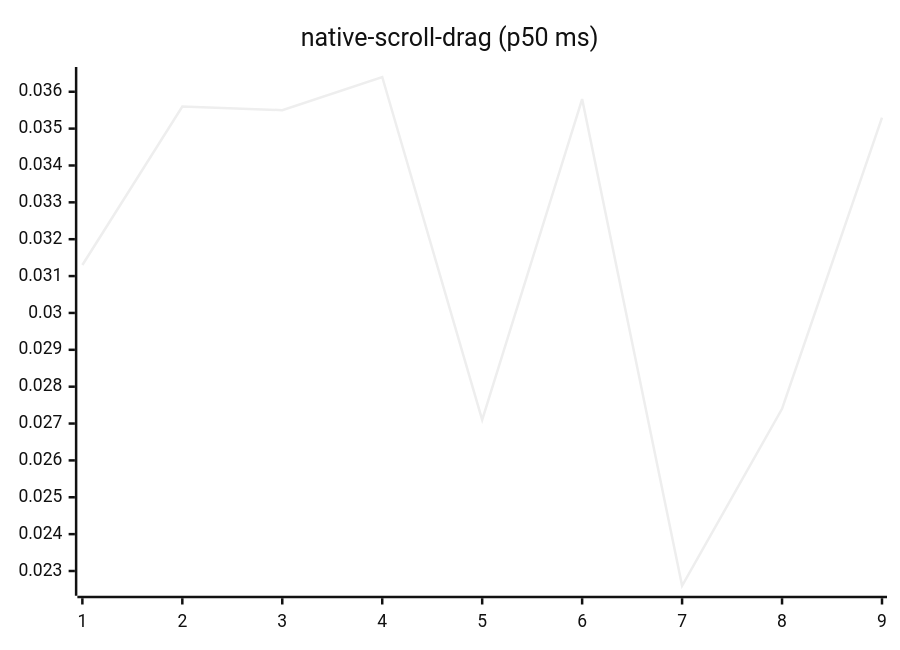
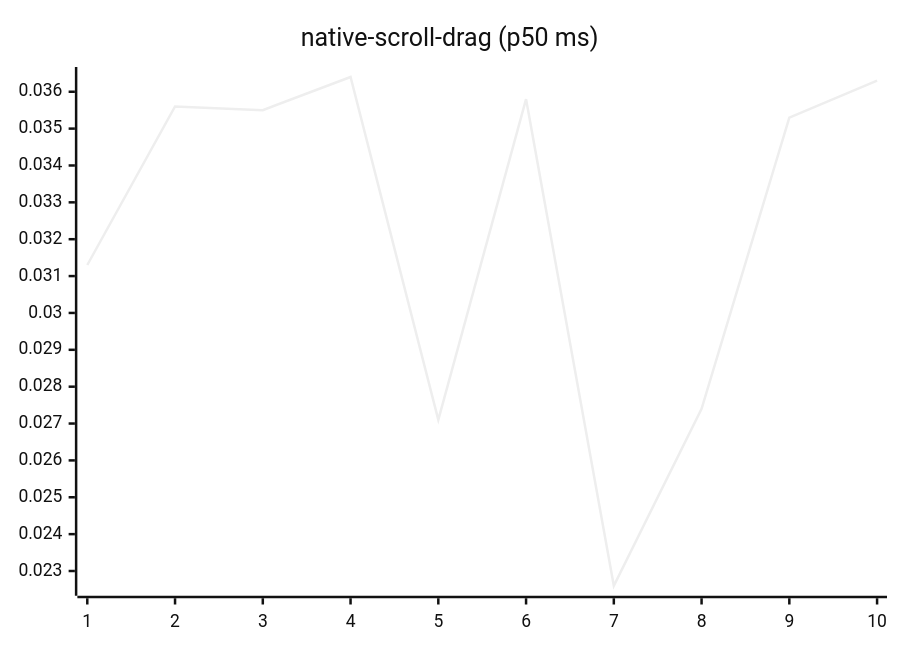
Before and after one commit to josha/Facet: diagram 14 of 27 in README.md, drawn with Mermaid (neutral theme). The commit also changed other lines of this file and 2 other files, not shown here.

````diff
--- a/README.md
+++ b/README.md
@@ -154,6 +154,6 @@
 ```mermaid
 xychart-beta
     title "native-scroll-drag (p50 ms)"
-    x-axis 1 --> 9
-    line [0.0313, 0.0356, 0.0355, 0.0364, 0.0271, 0.0358, 0.0226, 0.0274, 0.0353]
+    x-axis 1 --> 10
+    line [0.0313, 0.0356, 0.0355, 0.0364, 0.0271, 0.0358, 0.0226, 0.0274, 0.0353, 0.0363]
 ```
````
